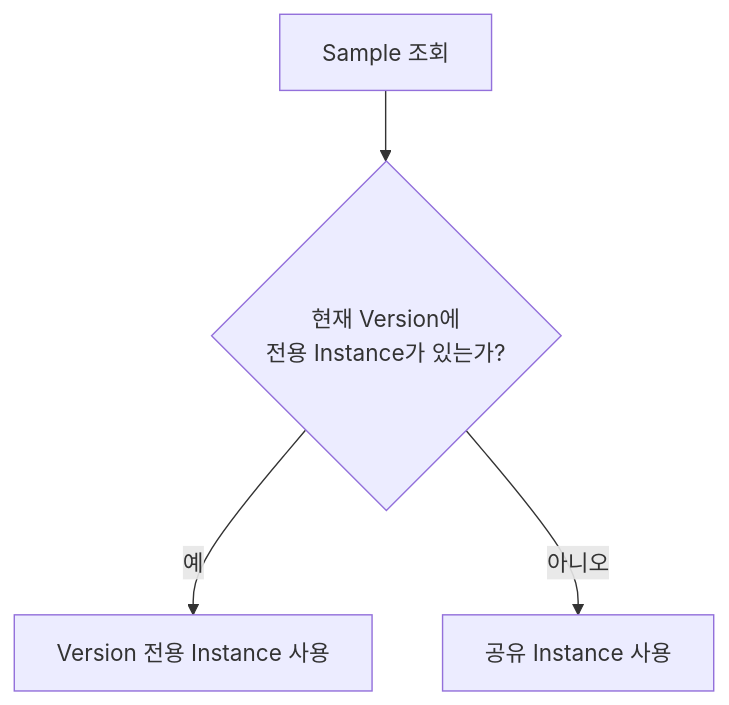
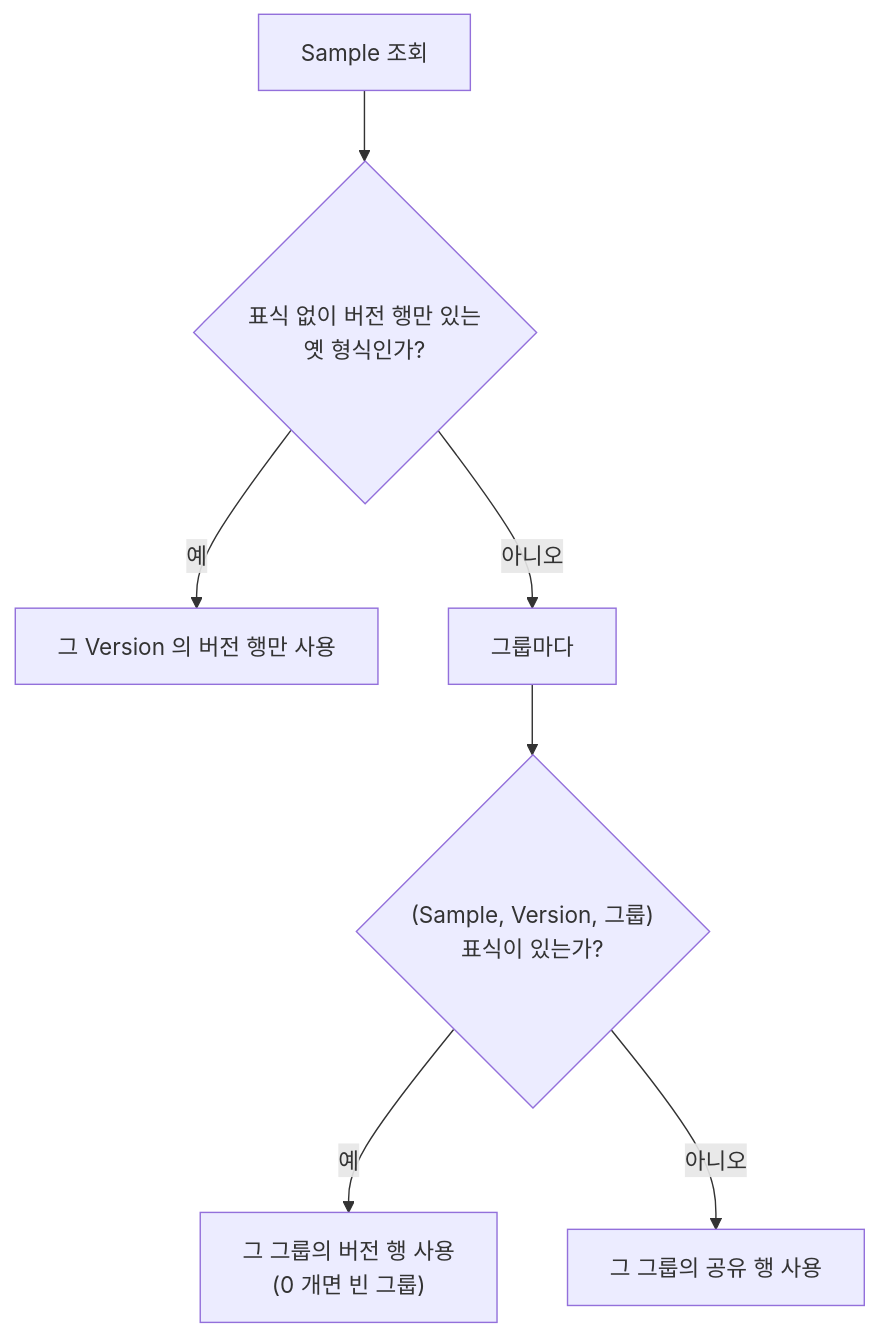
The fourth of 8 diagrams in charts/nexus-server/docs/architecture.md (int2nexus/cas-server), drawn with Mermaid before and after one commit. The commit also changed other lines of this file and 8 other files, not shown here.

````diff
--- a/charts/nexus-server/docs/architecture.md
+++ b/charts/nexus-server/docs/architecture.md
@@ -260,6 +271,9 @@
 ```mermaid
 flowchart TD
-    A["Sample 조회"] --> B{"현재 Version에<br/>전용 Instance가 있는가?"}
-    B -->|예| C["Version 전용 Instance 사용"]
-    B -->|아니오| D["공유 Instance 사용"]
+    A["Sample 조회"] --> L{"표식 없이 버전 행만 있는<br/>옛 형식인가?"}
+    L -->|예| V0["그 Version 의 버전 행만 사용"]
+    L -->|아니오| G["그룹마다"]
+    G --> B{"(Sample, Version, 그룹)<br/>표식이 있는가?"}
+    B -->|예| C["그 그룹의 버전 행 사용<br/>(0 개면 빈 그룹)"]
+    B -->|아니오| D["그 그룹의 공유 행 사용"]
 ```
````
